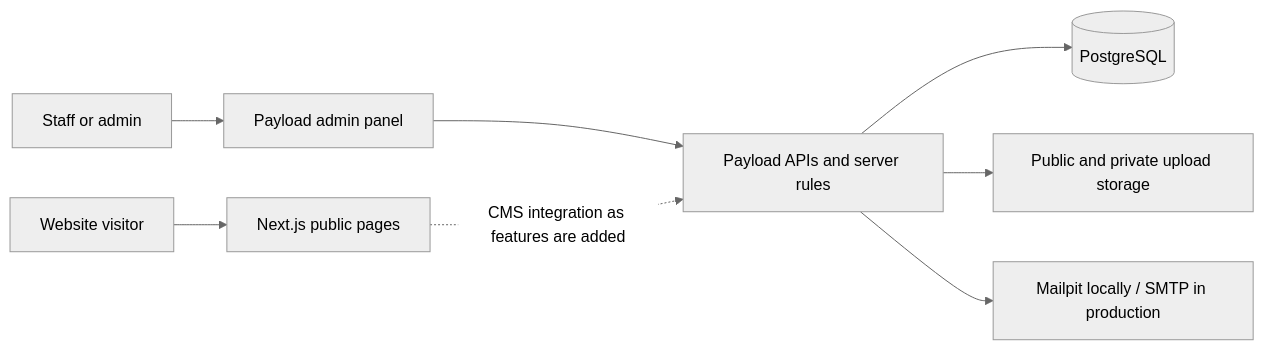
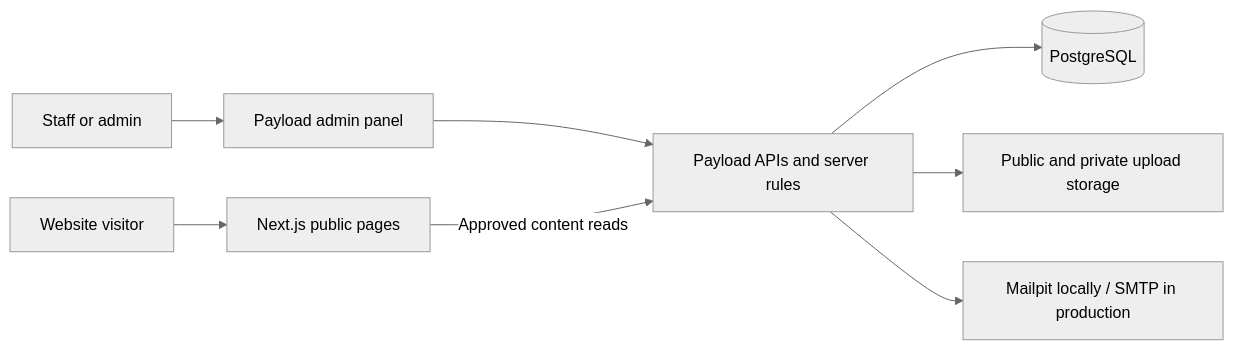
Before and after one commit to Pazelgreen-Technologies-Limited/pazelgreen-website: the first of 2 diagrams in docs/payload-handbook.md, drawn with Mermaid (neutral theme). The commit also changed other lines of this file and 11 other files, not shown here.

````diff
--- a/docs/payload-handbook.md
+++ b/docs/payload-handbook.md
@@ -81,10 +86,10 @@
 ```mermaid
 flowchart LR
   Visitor[Website visitor] --> Frontend[Next.js public pages]
   Editor[Staff or admin] --> Admin[Payload admin panel]
   Admin --> Backend[Payload APIs and server rules]
-  Frontend -. CMS integration as features are added .-> Backend
+  Frontend -->|Approved content reads| Backend
   Backend --> DB[(PostgreSQL)]
   Backend --> Files[Public and private upload storage]
   Backend --> Mail[Mailpit locally / SMTP in production]
 ```
````
